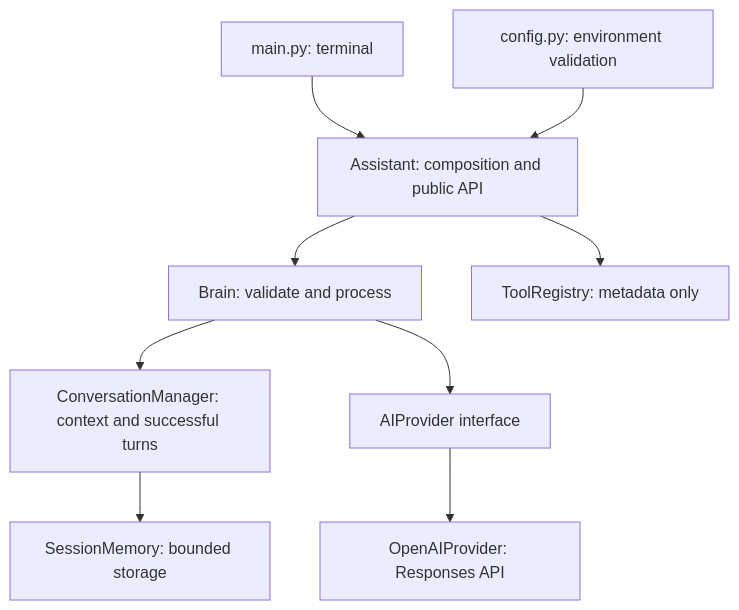
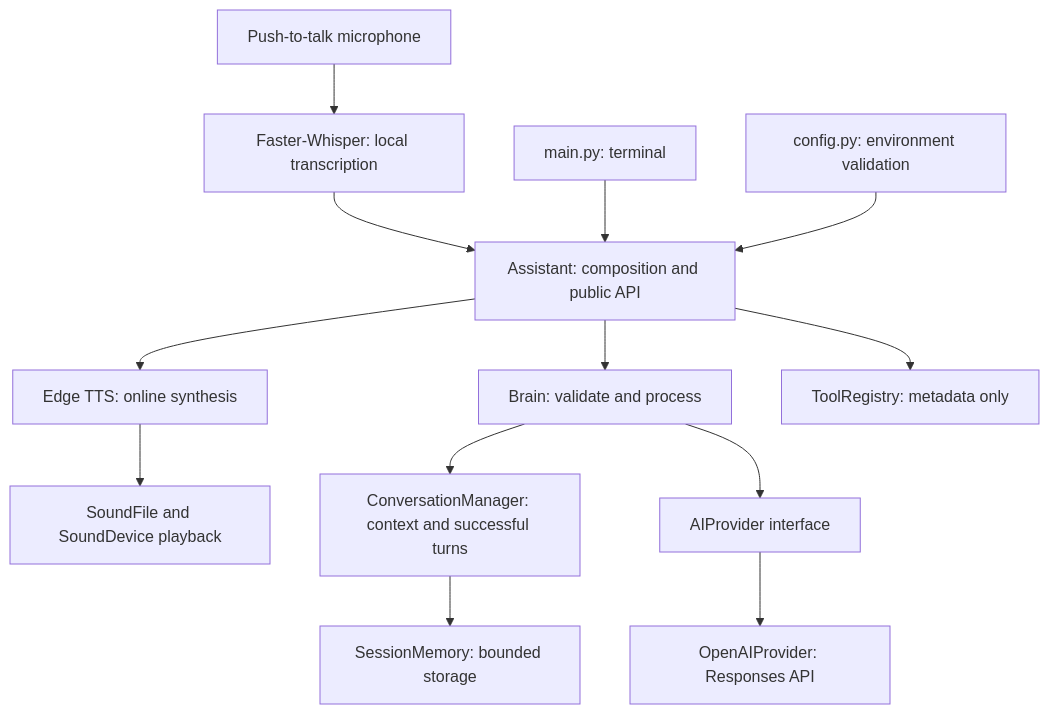
One commit to YenumulaAashish/AVYRA-AI changed the diagram in README.md. Above: the diagram before and after it, drawn with Mermaid. The commit also changed other lines of this file and 16 other files, not shown here.

Commit message:
feat: add AVYRA V1.1 push-to-talk voice integration

````diff
--- a/README.md
+++ b/README.md
@@ -17,11 +19,15 @@
 ```mermaid
 flowchart TD
+    Voice[Push-to-talk microphone] --> Whisper[Faster-Whisper: local transcription]
+    Whisper --> Assistant
+    Assistant --> TTS[Edge TTS: online synthesis]
+    TTS --> Speakers[SoundFile and SoundDevice playback]
     CLI[main.py: terminal] --> Assistant[Assistant: composition and public API]
     Config[config.py: environment validation] --> Assistant
     Assistant --> Brain[Brain: validate and process]
     Brain --> Conversation[ConversationManager: context and successful turns]
     Conversation --> Memory[SessionMemory: bounded storage]
     Brain --> Provider[AIProvider interface]
     Provider --> OpenAI[OpenAIProvider: Responses API]
     Assistant --> Registry[ToolRegistry: metadata only]
 ```
````
